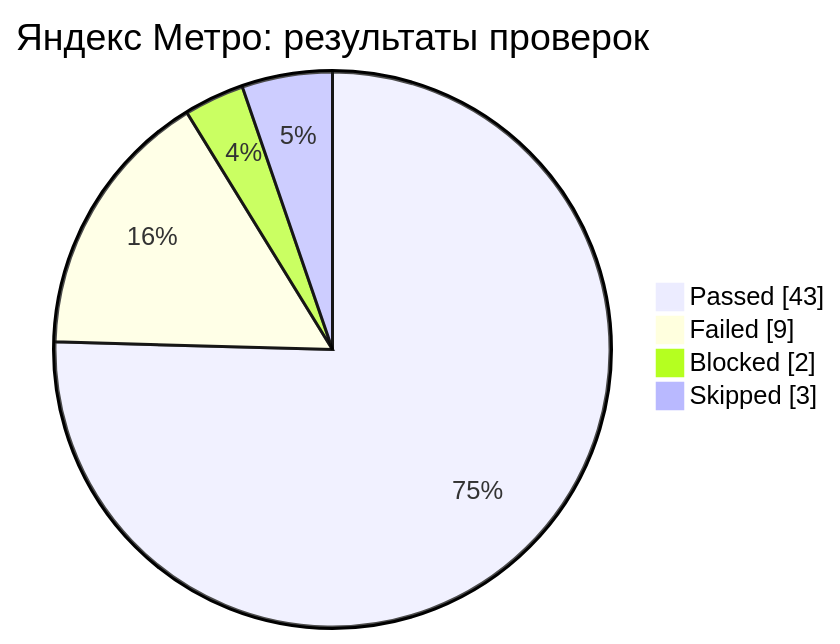
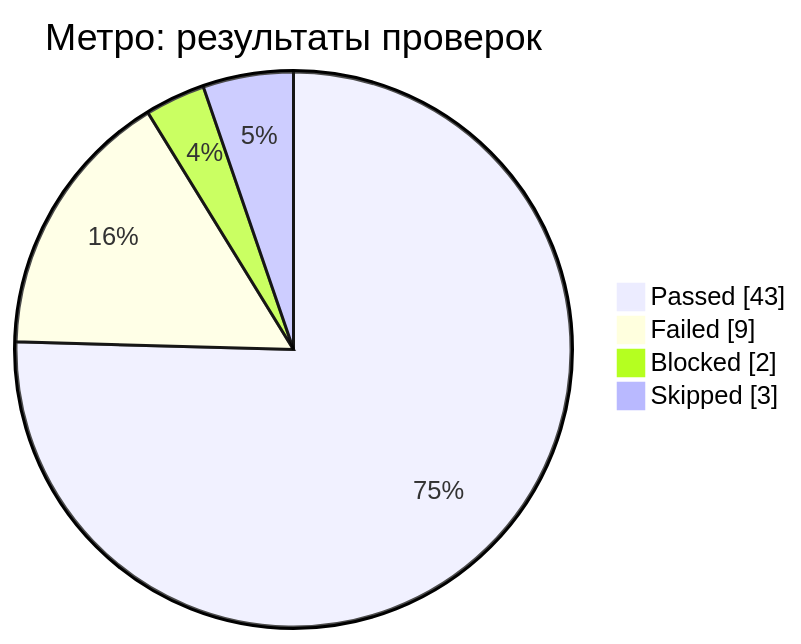
Before and after one commit to ikqavscode-afk/qa-test-documentation: the fourth of 4 diagrams in README.md, drawn with Mermaid. The commit also changed other lines of this file and 83 other files, not shown here.

````diff
--- a/README.md
+++ b/README.md
@@ -86,7 +96,7 @@
 ```mermaid
-pie showData title Яндекс Метро: результаты проверок
+pie showData title Метро: результаты проверок
     "Passed" : 43
     "Failed" : 9
     "Blocked" : 2
     "Skipped" : 3
 ```
````
